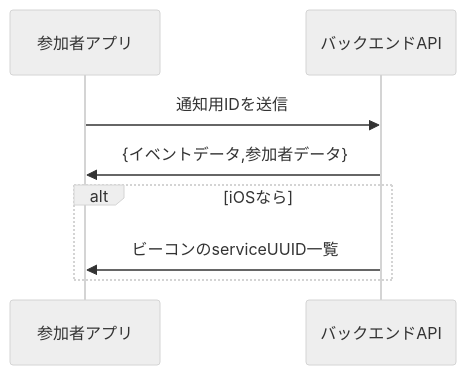
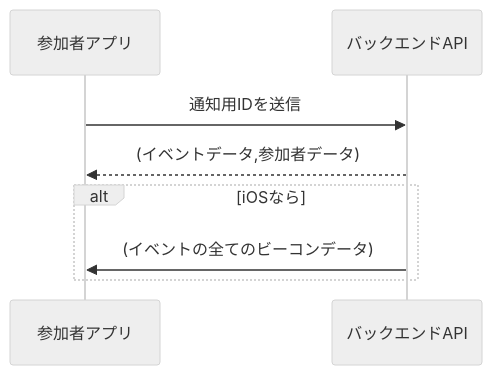
The second of 9 diagrams in docs/sequence/mobile.md (after-school-garbage-squad/repaint-architecture), drawn with Mermaid (neutral theme) before and after one commit. The commit also changed other lines of this file and 3 other files, not shown here.

````diff
--- a/docs/sequence/mobile.md
+++ b/docs/sequence/mobile.md
@@ -21,11 +21,11 @@
 ```mermaid
 sequenceDiagram
     participant app as 参加者アプリ
     participant back as バックエンドAPI
     app ->> back: 通知用IDを送信
-    back ->> app: {イベントデータ,参加者データ}
+    back -->> app: (イベントデータ,参加者データ)
     alt iOSなら
-        back ->> app: ビーコンのserviceUUID一覧
+        back ->> app: (イベントの全てのビーコンデータ)
     end
     
 ```
````
